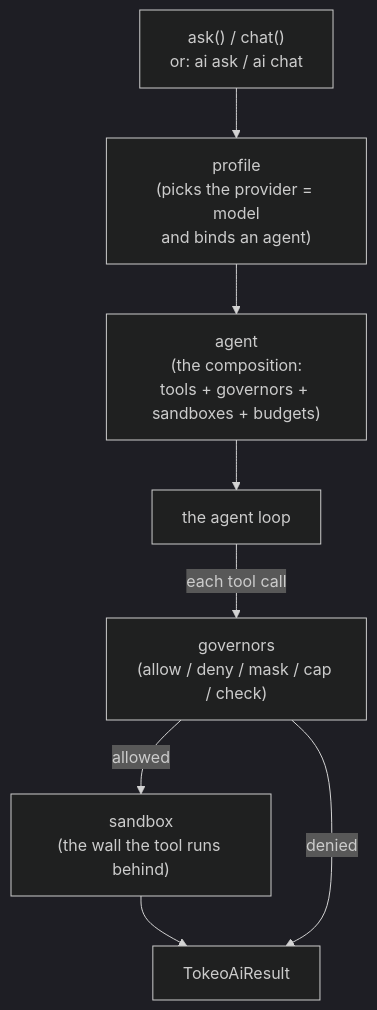
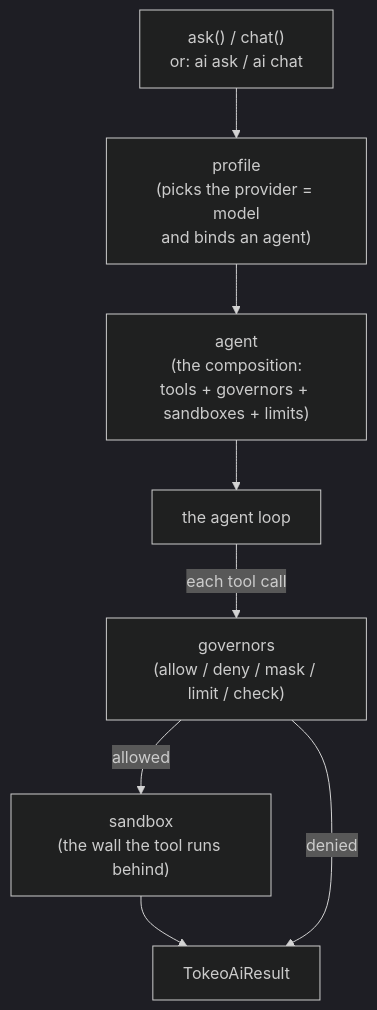
One commit to tokeo/fundi changed the first of 3 diagrams in tokeo/core/ai/config/CONFIG.md. Above: the diagram before and after it, drawn with Mermaid (dark theme). The commit also changed other lines of this file and 51 other files, not shown here.

Commit message:
doc: prose says options, limits, configured, stage, error, check and deny

````diff
--- a/tokeo/core/ai/config/CONFIG.md
+++ b/tokeo/core/ai/config/CONFIG.md
@@ -43,11 +43,11 @@
 ```mermaid
 flowchart TD
     Call["ask() / chat()<br/>or: ai ask / ai chat"] --> Profile
     Profile["profile<br/>(picks the provider = model<br/>and binds an agent)"] --> Agent
-    Agent["agent<br/>(the composition:<br/>tools + governors + sandboxes + budgets)"] --> Loop
+    Agent["agent<br/>(the composition:<br/>tools + governors + sandboxes + limits)"] --> Loop
     Loop["the agent loop"] -->|each tool call| Guards
-    Guards["governors<br/>(allow / deny / mask / cap / check)"] -->|allowed| Sandbox
+    Guards["governors<br/>(allow / deny / mask / limit / check)"] -->|allowed| Sandbox
     Sandbox["sandbox<br/>(the wall the tool runs behind)"] --> Result
     Guards -->|denied| Result
     Result["TokeoAiResult"]
 ```
````
